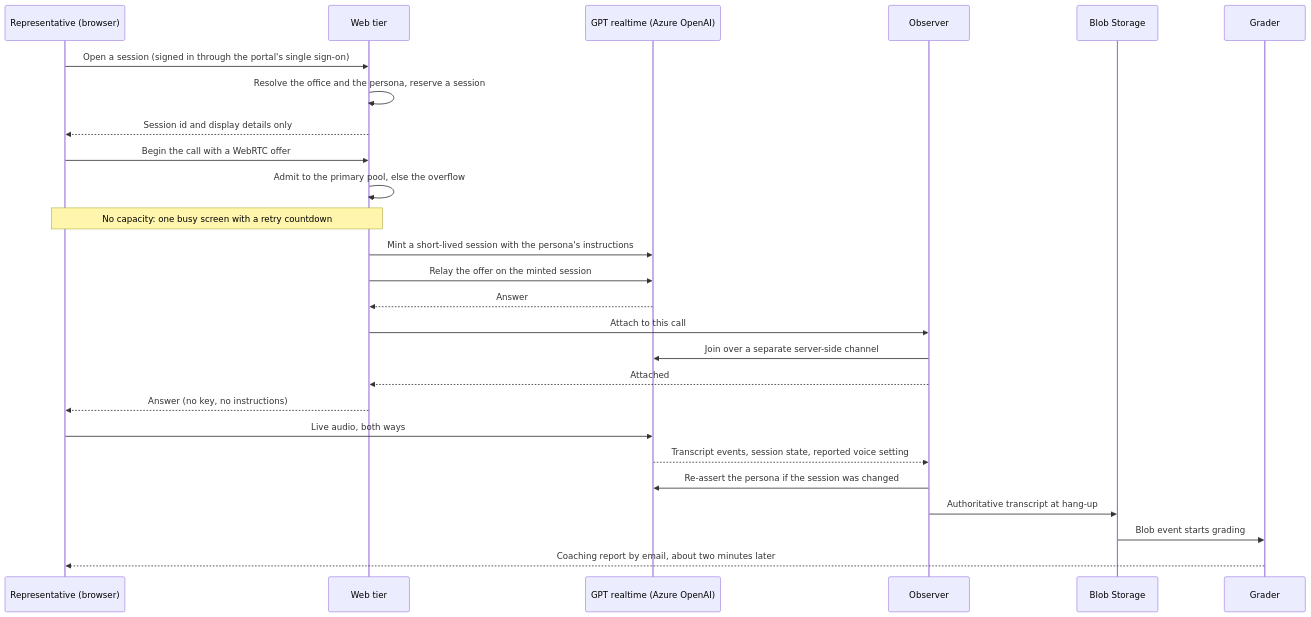
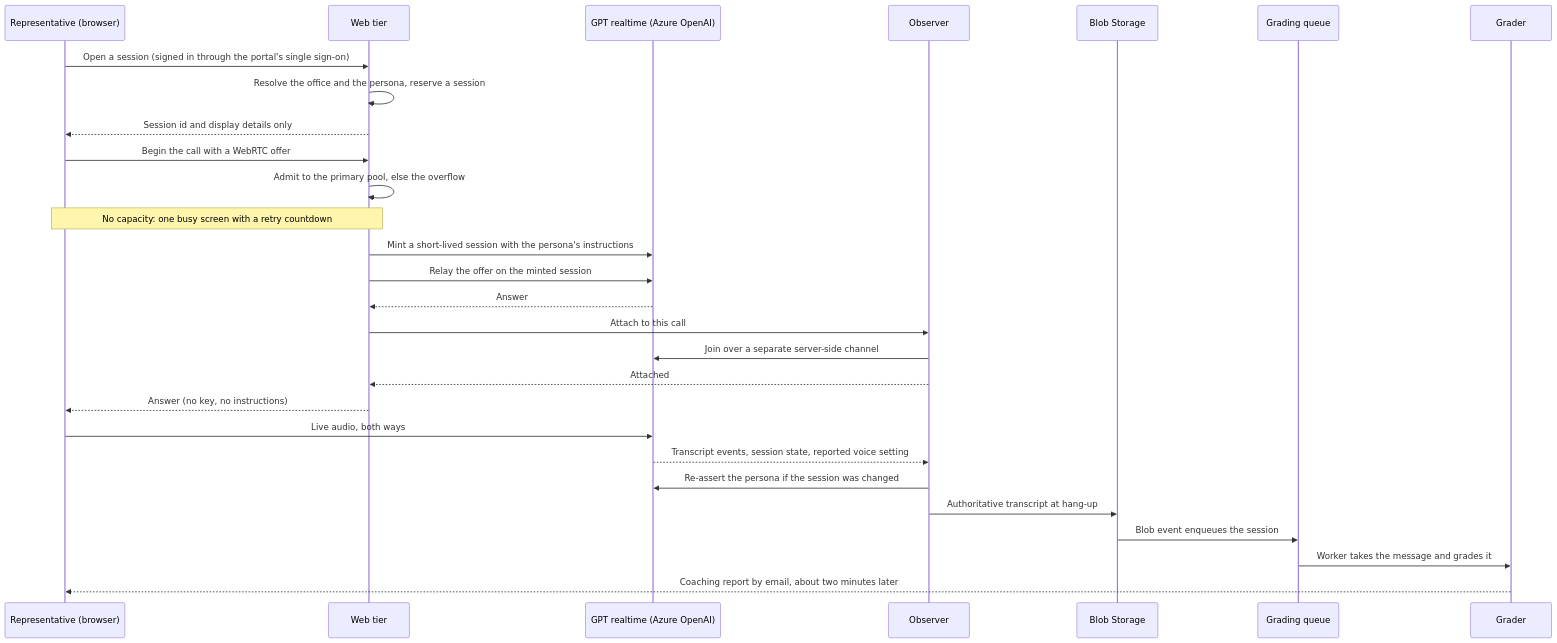
Before and after one commit to AIJSAI/connect-voice-ai-showcase: the diagram in docs/architecture.md, drawn with Mermaid. The commit also changed other lines of this file and 8 other files, not shown here.

````diff
--- a/docs/architecture.md
+++ b/docs/architecture.md
@@ -19,29 +19,31 @@
 ```mermaid
 sequenceDiagram
     participant B as Representative (browser)
     participant W as Web tier
     participant R as GPT realtime (Azure OpenAI)
     participant O as Observer
     participant S as Blob Storage
+    participant Q as Grading queue
     participant G as Grader
 
     B->>W: Open a session (signed in through the portal's single sign-on)
     W->>W: Resolve the office and the persona, reserve a session
     W-->>B: Session id and display details only
     B->>W: Begin the call with a WebRTC offer
     W->>W: Admit to the primary pool, else the overflow
     Note over B,W: No capacity: one busy screen with a retry countdown
     W->>R: Mint a short-lived session with the persona's instructions
     W->>R: Relay the offer on the minted session
     R-->>W: Answer
     W->>O: Attach to this call
     O->>R: Join over a separate server-side channel
     O-->>W: Attached
     W-->>B: Answer (no key, no instructions)
     B->>R: Live audio, both ways
     R-->>O: Transcript events, session state, reported voice setting
     O->>R: Re-assert the persona if the session was changed
     O->>S: Authoritative transcript at hang-up
-    S->>G: Blob event starts grading
+    S->>Q: Blob event enqueues the session
+    Q->>G: Worker takes the message and grades it
     G-->>B: Coaching report by email, about two minutes later
 ```
````
